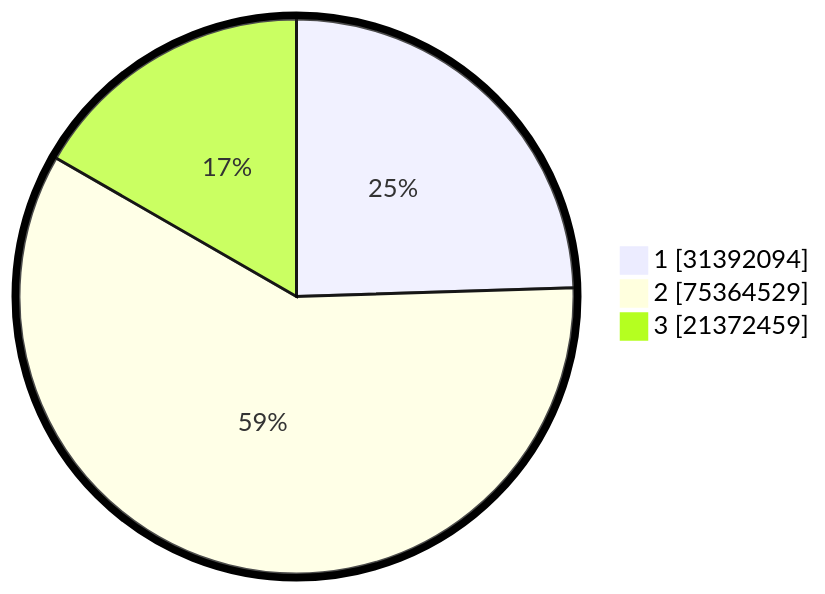
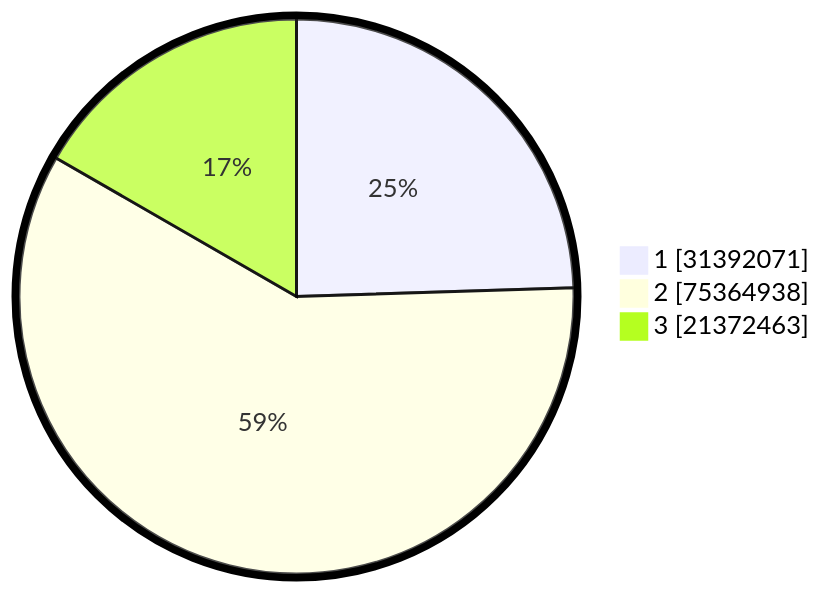
One commit to gigit-pemilu/pemilu-2024 changed the second of 2 diagrams in pilpres/hitung-suara/README.md. Above: the diagram before and after it, drawn with Mermaid. The commit also changed other lines of this file and 7 other files, not shown here.

````diff
--- a/pilpres/hitung-suara/README.md
+++ b/pilpres/hitung-suara/README.md
@@ -93,7 +93,7 @@
 ```mermaid
 %%{init: {"pie": {"textPosition": 0.5}, "themeVariables": {"pieOuterStrokeWidth": "5px"}} }%%
 pie showData
-    "1" : 31392094
-    "2" : 75364529
-    "3" : 21372459
+    "1" : 31392071
+    "2" : 75364938
+    "3" : 21372463
 ```
````
